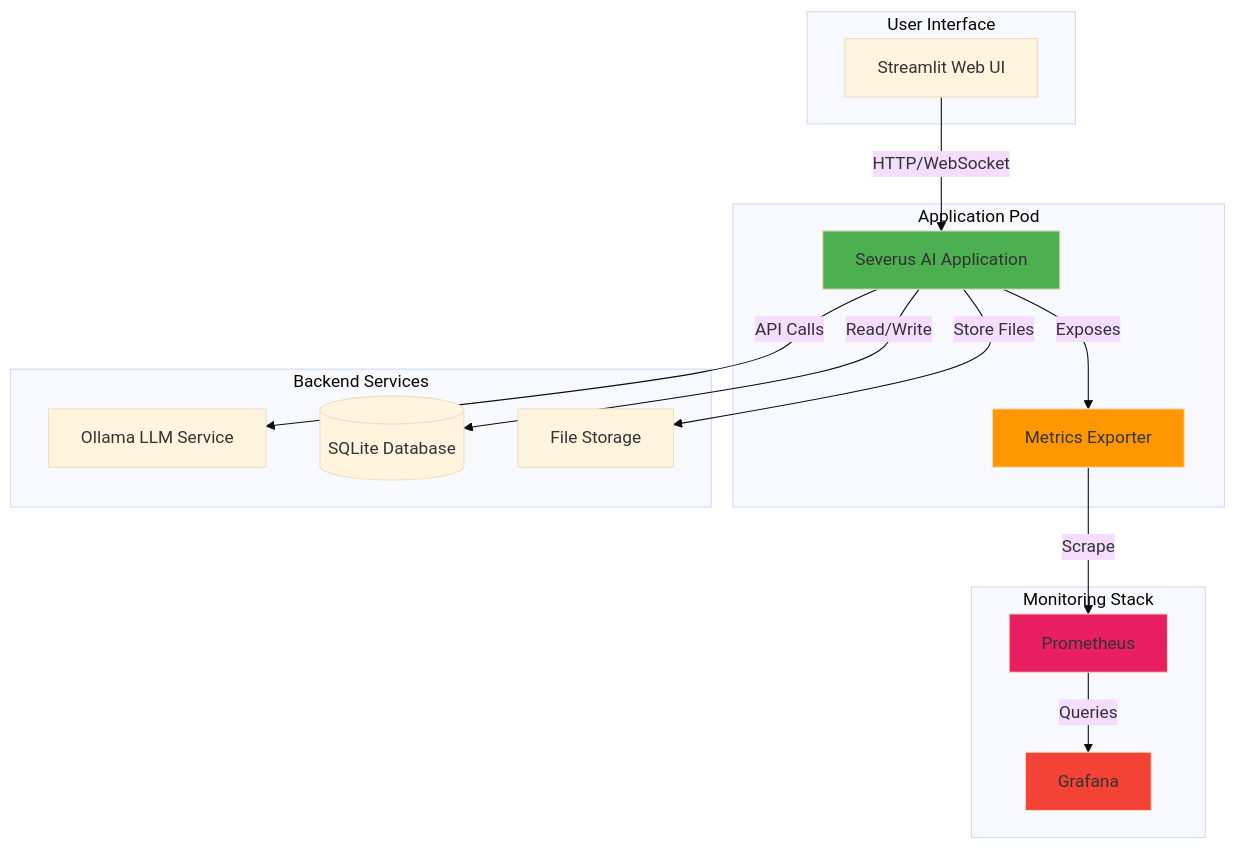
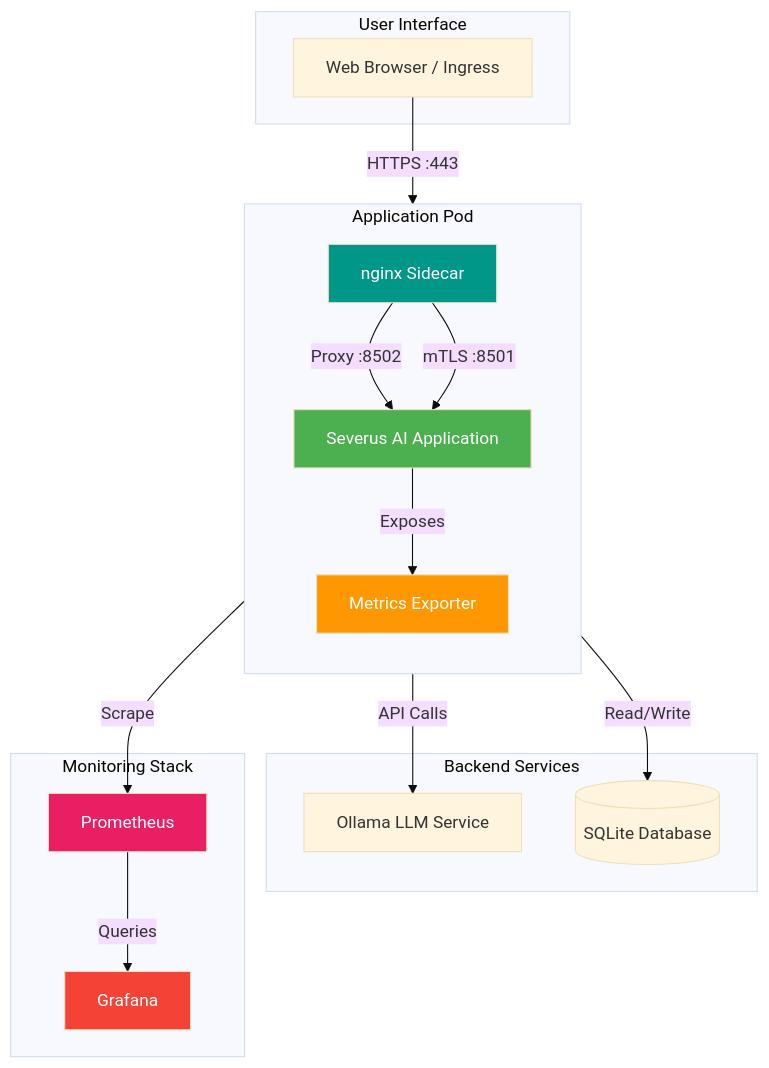
One commit to Jsujanchowdary/severus-ai changed the first of 2 diagrams in documentation/01_Application_Architecture.md. Above: the diagram before and after it, drawn with Mermaid (base theme). The commit also changed other lines of this file and 8 other files, not shown here.

````diff
--- a/documentation/01_Application_Architecture.md
+++ b/documentation/01_Application_Architecture.md
@@ -25,37 +25,40 @@
 ```mermaid
 graph TB
-    subgraph "User Interface"
-        UI[Streamlit Web UI]
+subgraph "User Interface"
+        UI[Web Browser / Ingress]
     end
     
     subgraph "Application Pod"
+        direction TB
+        Nginx[nginx Sidecar]
         App[Severus AI Application]
         MetricsExp[Metrics Exporter]
         
+        Nginx -->|Proxy :8502| App
         App -->|Exposes| MetricsExp
     end
     
     subgraph "Backend Services"
         Ollama[Ollama LLM Service]
         DB[(SQLite Database)]
-        FS[File Storage]
     end
     
     subgraph "Monitoring Stack"
         Prom[Prometheus]
         Grafana[Grafana]
         
         Prom -->|Queries| Grafana
     end
     
-    UI -->|HTTP/WebSocket| App
+    UI -->|HTTPS :443| Nginx
+    Nginx -->|mTLS :8501| App
     App -->|API Calls| Ollama
     App -->|Read/Write| DB
-    App -->|Store Files| FS
     MetricsExp -->|Scrape| Prom
     
-    style App fill:#4CAF50
-    style MetricsExp fill:#FF9800
-    style Prom fill:#E91E63
-    style Grafana fill:#F44336
+    style Nginx fill:#009688,color:#fff
+    style App fill:#4CAF50,color:#fff
+    style MetricsExp fill:#FF9800,color:#fff
+    style Prom fill:#E91E63,color:#fff
+    style Grafana fill:#F44336,color:#fff
 ```
````
